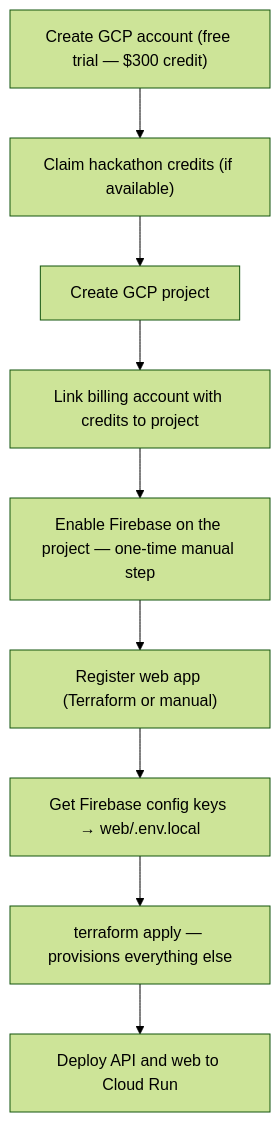
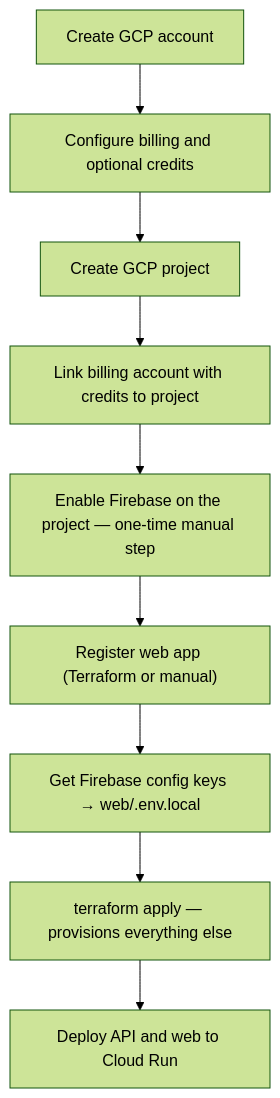
One commit to cmartinezs/grade-ops-ai changed the diagram in docs/09-developer-guide/00-gcp-project-setup.md. Above: the diagram before and after it, drawn with Mermaid (forest theme). The commit also changed other lines of this file and 91 other files, not shown here.

````diff
--- a/docs/09-developer-guide/00-gcp-project-setup.md
+++ b/docs/09-developer-guide/00-gcp-project-setup.md
@@ -9,11 +9,11 @@
 ```mermaid
 flowchart TD
-    A["Create GCP account (free trial — $300 credit)"] --> B["Claim hackathon credits (if available)"]
+    A["Create GCP account"] --> B["Configure billing and optional credits"]
     B --> C["Create GCP project"]
     C --> D["Link billing account with credits to project"]
     D --> E["Enable Firebase on the project — one-time manual step"]
     E --> F["Register web app (Terraform or manual)"]
     F --> G["Get Firebase config keys → web/.env.local"]
     G --> H["terraform apply — provisions everything else"]
     H --> I["Deploy API and web to Cloud Run"]
 ```
````
